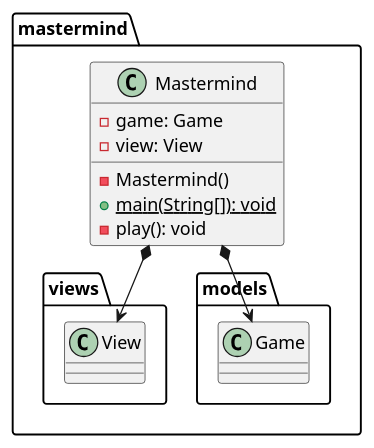
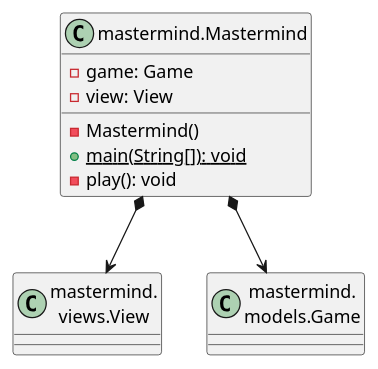
One commit to SantaTecla-mastermind/solution.java.swing.socket.sql changed the first of 4 diagrams in documentView/console/docs/diagrams/src/paquetes.plantuml. Above: the diagram before and after it, drawn with PlantUML. The commit also changed other lines of this file and 5 other files, not shown here.

Commit message:
Finalizada la modificación de diagramas

```diff
--- a/documentView/console/docs/diagrams/src/paquetes.plantuml
+++ b/documentView/console/docs/diagrams/src/paquetes.plantuml
@@ -1,11 +1,15 @@
 @startuml mastermind
-class  mastermind.Mastermind{
+class  Mastermind as "mastermind.Mastermind"{
 - game: Game
 - view: View
 - Mastermind()
 + {static} main(String[]): void
 - play(): void
 }
-mastermind.Mastermind *-down-> mastermind.views.View
-mastermind.Mastermind *-down-> mastermind.models.Game
+
+class View as "mastermind.\nviews.View"{}
+class Game as "mastermind.\nmodels.Game"{}
+Mastermind *-down-> View
+Mastermind *-down-> Game
+
 @enduml
```
